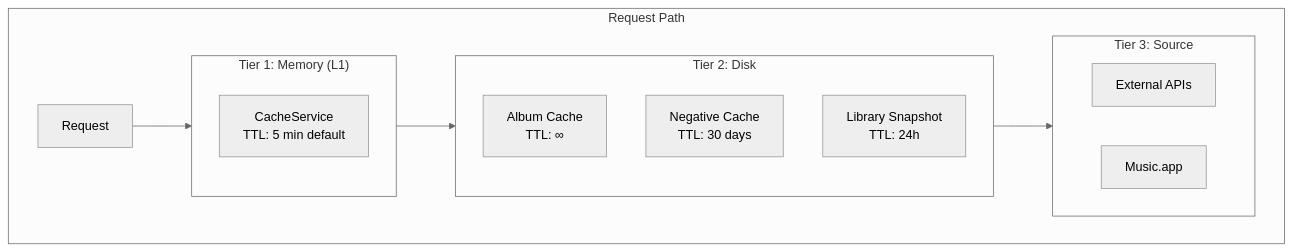
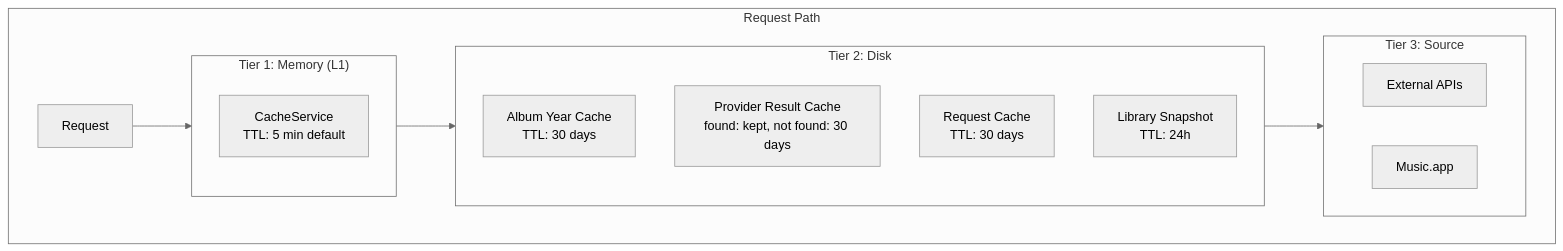
One commit to barad1tos/GenreUpdater changed the diagram in docs/architecture/caching.md. Above: the diagram before and after it, drawn with Mermaid (neutral theme). The commit also changed other lines of this file and 1 other file, not shown here.

First line of the commit message:
docs(cache): describe the cache layers as the code runs them

````diff
--- a/docs/architecture/caching.md
+++ b/docs/architecture/caching.md
@@ -7,23 +7,24 @@
 ```mermaid
 flowchart TB
     subgraph "Request Path"
         R[Request] --> L1
         L1 --> L2
         L2 --> L3
     end
 
     subgraph L1["Tier 1: Memory (L1)"]
         MC[CacheService<br/>TTL: 5 min default]
     end
 
 subgraph L2["Tier 2: Disk"]
-AC[Album Cache<br/>TTL: ∞]
-NC[Negative Cache<br/>TTL: 30 days]
+AC[Album Year Cache<br/>TTL: 30 days]
+PC[Provider Result Cache<br/>found: kept, not found: 30 days]
+RC[Request Cache<br/>TTL: 30 days]
 LS[Library Snapshot<br/>TTL: 24h]
 end
 
 subgraph L3["Tier 3: Source"]
 API[External APIs]
 Music[Music.app]
 end
 ```
````
